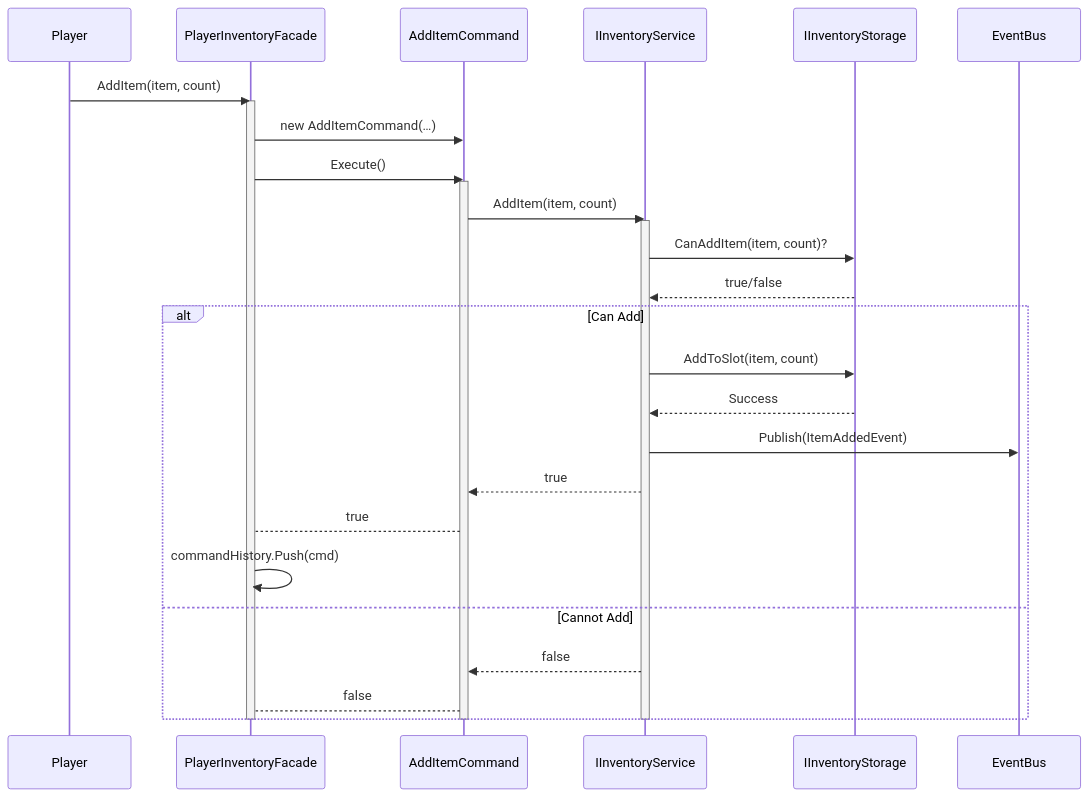
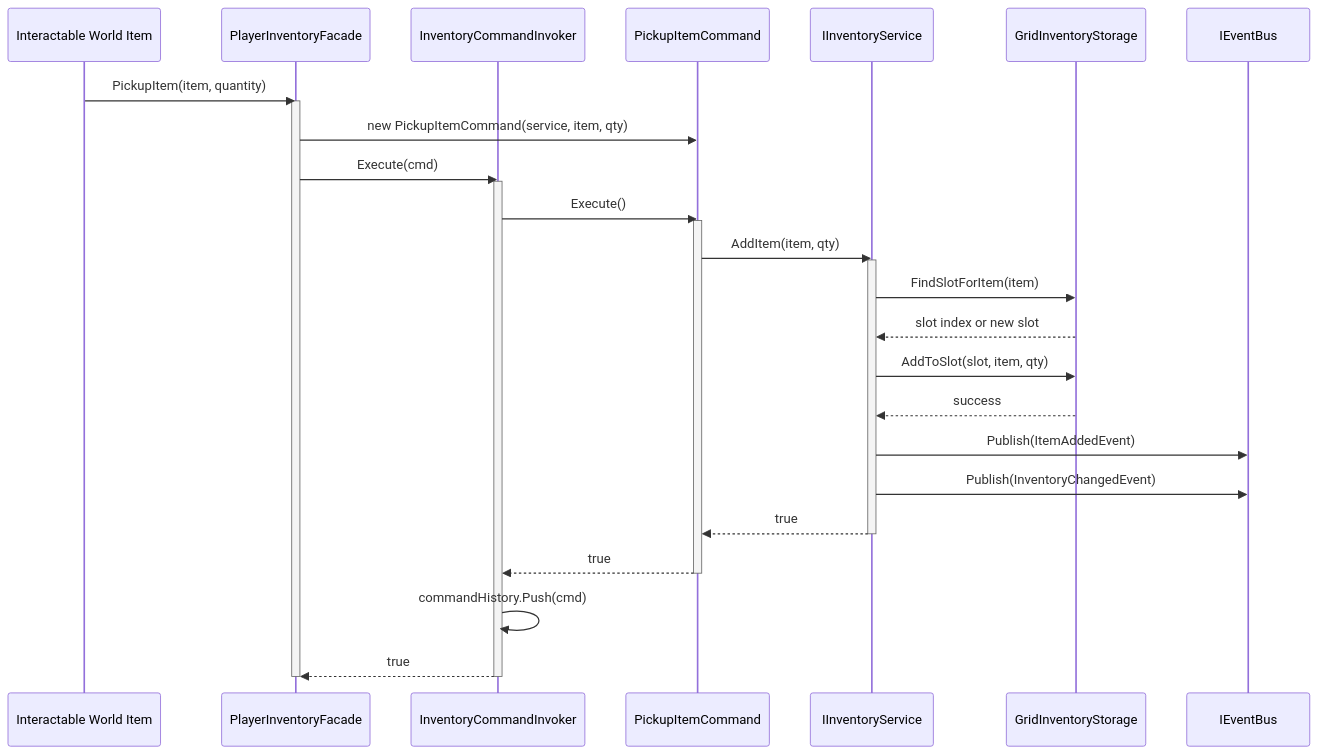
One commit to DontBeknown/so-PEAK changed diagram 11 of 20 in CODEBASE_MERMAID_DIAGRAMS.md. Above: the diagram before and after it, drawn with Mermaid. The commit also changed other lines of this file and 49 other files, not shown here.

````diff
--- a/CODEBASE_MERMAID_DIAGRAMS.md
+++ b/CODEBASE_MERMAID_DIAGRAMS.md
@@ -403,38 +575,44 @@
 ```mermaid
 sequenceDiagram
-    participant Player
+    participant World as Interactable World Item
     participant Facade as PlayerInventoryFacade
-    participant Cmd as AddItemCommand
-    participant Service as IInventoryService
-    participant Storage as IInventoryStorage
-    participant EventBus
-    
-    Player->>Facade: AddItem(item, count)
+    participant Invoker as InventoryCommandInvoker
+    participant Cmd as PickupItemCommand
+    participant InvSvc as IInventoryService
+    participant Store as GridInventoryStorage
+    participant Bus as IEventBus
+
+    World->>Facade: PickupItem(item, quantity)
     activate Facade
-    
-    Facade->>Cmd: new AddItemCommand(…)
-    Facade->>Cmd: Execute()
+
+    Facade->>Cmd: new PickupItemCommand(service, item, qty)
+    Facade->>Invoker: Execute(cmd)
+    activate Invoker
+
+    Invoker->>Cmd: Execute()
     activate Cmd
-    
-    Cmd->>Service: AddItem(item, count)
-    activate Service
-    
-    Service->>Storage: CanAddItem(item, count)?
-    Storage-->>Service: true/false
-    
-    alt Can Add
-        Service->>Storage: AddToSlot(item, count)
-        Storage-->>Service: Success
-        Service->>EventBus: Publish(ItemAddedEvent)
-        Service-->>Cmd: true
-        Cmd-->Facade: true
-        Facade->>Facade: commandHistory.Push(cmd)
-    else Cannot Add
-        Service-->>Cmd: false
-        Cmd-->Facade: false
-    end
-    
-    deactivate Service
+
+    Cmd->>InvSvc: AddItem(item, qty)
+    activate InvSvc
+
+    InvSvc->>Store: FindSlotForItem(item)
+    Store-->>InvSvc: slot index or new slot
+
+    InvSvc->>Store: AddToSlot(slot, item, qty)
+    Store-->>InvSvc: success
+
+    InvSvc->>Bus: Publish(ItemAddedEvent)
+    InvSvc->>Bus: Publish(InventoryChangedEvent)
+    InvSvc-->>Cmd: true
+
+    deactivate InvSvc
+
+    Cmd-->>Invoker: true
     deactivate Cmd
+
+    Invoker->>Invoker: commandHistory.Push(cmd)
+    Invoker-->>Facade: true
+    deactivate Invoker
+
     deactivate Facade
 ```
````
